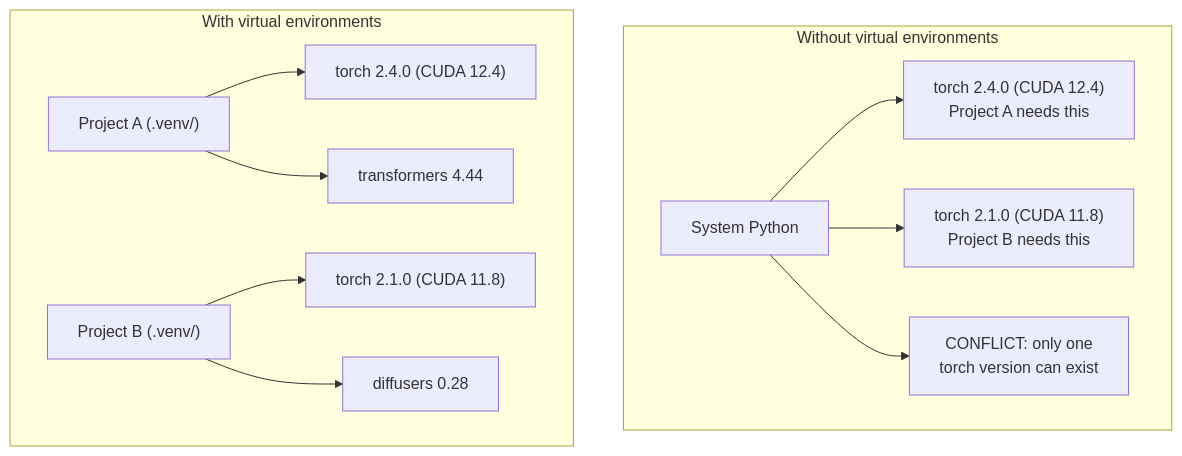
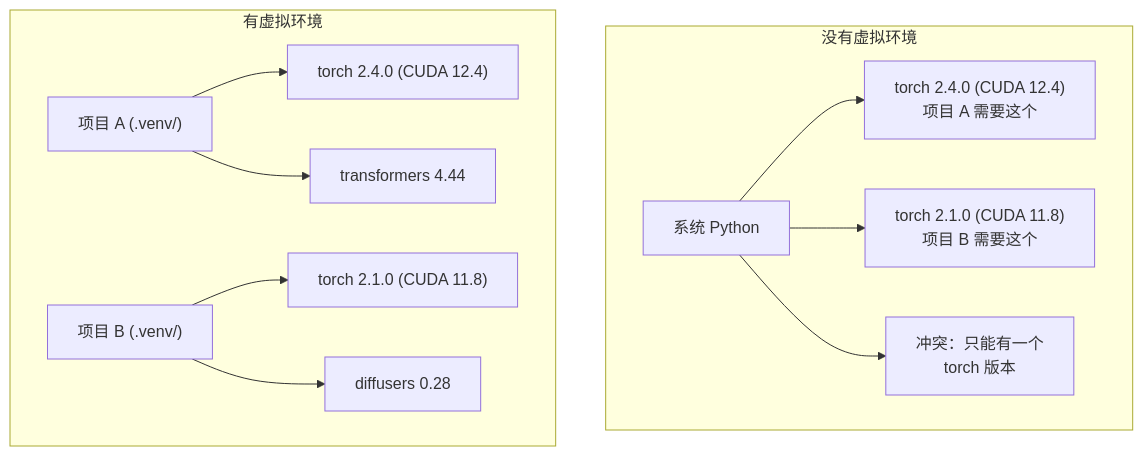
One commit to alessandrodinisio-ai/ai-engineering-learning-framework changed the diagram in phases/00-setup-and-tooling/06-python-environments/docs/zh.md. Above: the diagram before and after it, drawn with Mermaid. The commit also changed 120 other files, not shown here.

First line of the commit message:
i18n(mermaid): 337 个 mermaid 图表标签中文化

````diff
--- a/phases/00-setup-and-tooling/06-python-environments/docs/zh.md
+++ b/phases/00-setup-and-tooling/06-python-environments/docs/zh.md
@@ -32,15 +32,15 @@
 ```mermaid
 graph TD
-    subgraph without["Without virtual environments"]
-        SP[System Python] --> T24["torch 2.4.0 (CUDA 12.4)\nProject A needs this"]
-        SP --> T21["torch 2.1.0 (CUDA 11.8)\nProject B needs this"]
-        SP --> CONFLICT["CONFLICT: only one\ntorch version can exist"]
+    subgraph without["没有虚拟环境"]
+        SP[系统 Python] --> T24["torch 2.4.0 (CUDA 12.4)\n项目 A 需要这个"]
+        SP --> T21["torch 2.1.0 (CUDA 11.8)\n项目 B 需要这个"]
+        SP --> CONFLICT["冲突：只能有一个\ntorch 版本"]
     end
 
-    subgraph with["With virtual environments"]
-        PA["Project A (.venv/)"] --> PA1["torch 2.4.0 (CUDA 12.4)"]
+    subgraph with["有虚拟环境"]
+        PA["项目 A (.venv/)"] --> PA1["torch 2.4.0 (CUDA 12.4)"]
         PA --> PA2["transformers 4.44"]
-        PB["Project B (.venv/)"] --> PB1["torch 2.1.0 (CUDA 11.8)"]
+        PB["项目 B (.venv/)"] --> PB1["torch 2.1.0 (CUDA 11.8)"]
         PB --> PB2["diffusers 0.28"]
     end
 ```
````
